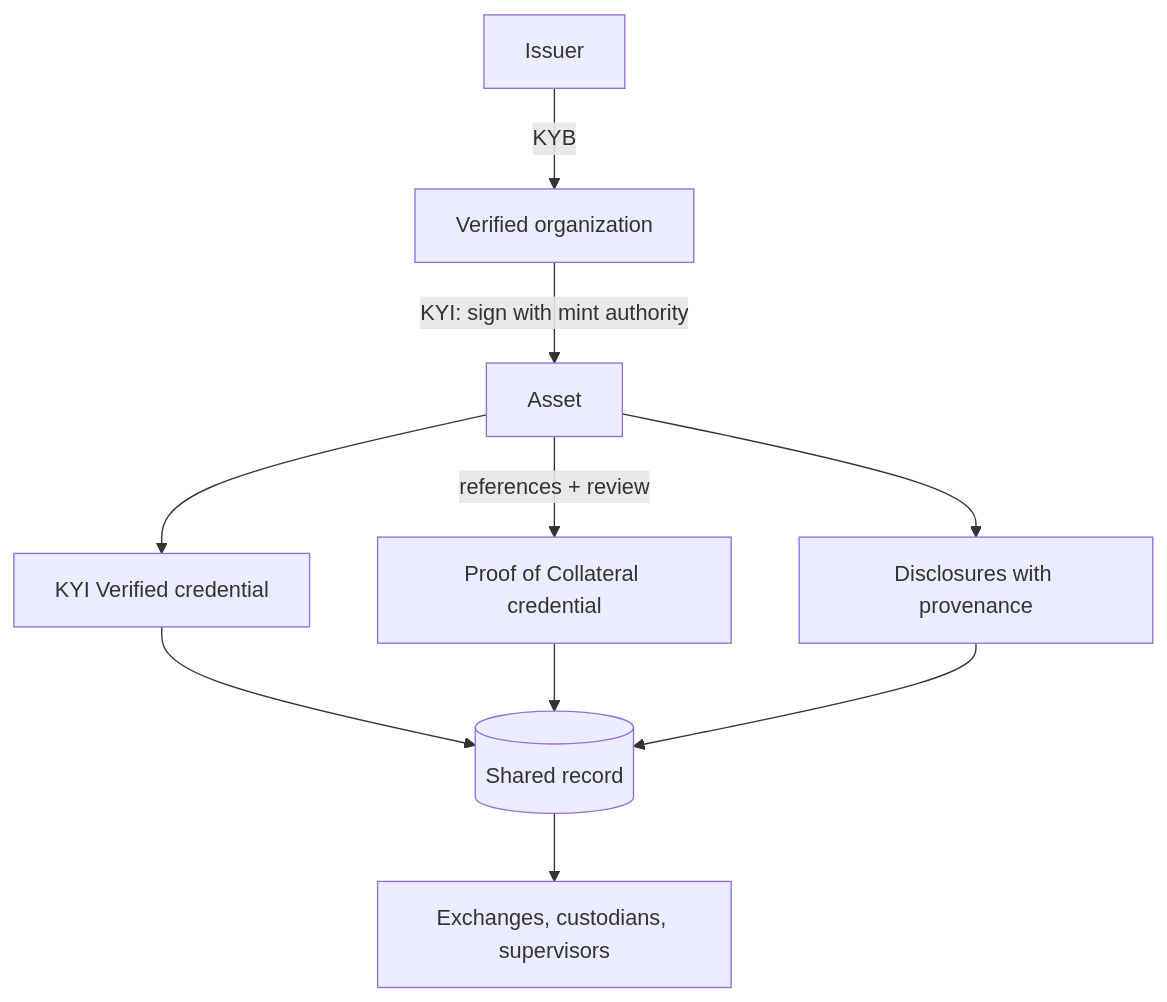
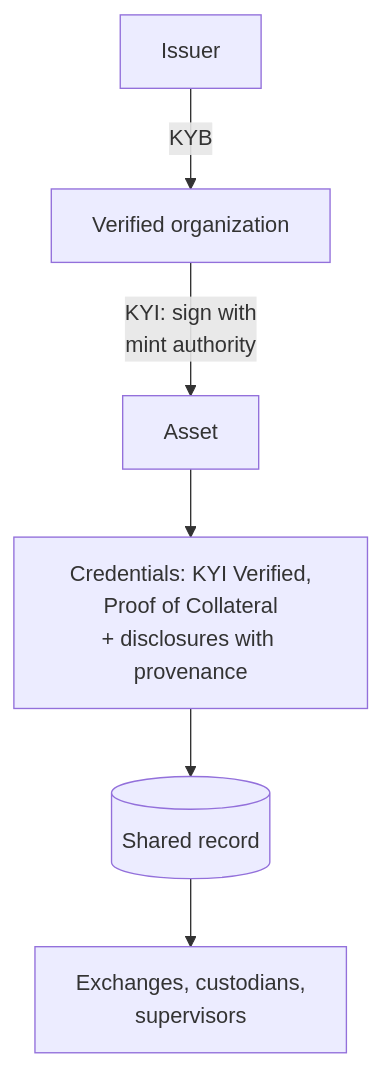
The diagram in concepts.mdx (blupryntco/docs), drawn with Mermaid before and after one commit.

Commit message:
Concepts diagram: single column so labels stay readable at 390px

````diff
--- a/concepts.mdx
+++ b/concepts.mdx
@@ -22,10 +22,8 @@
 ```mermaid
 flowchart TD
   I[Issuer] -- KYB --> O[Verified organization]
-  O -- KYI: sign with mint authority --> A[Asset]
-  A --> C1[KYI Verified credential]
-  A -- references + review --> C2[Proof of Collateral credential]
-  A --> D[Disclosures with provenance]
-  C1 & C2 & D --> R[(Shared record)]
-  R --> V[Exchanges, custodians, supervisors]
+  O -- "KYI: sign with<br/>mint authority" --> A[Asset]
+  A --> C["Credentials: KYI Verified,<br/>Proof of Collateral<br/>+ disclosures with provenance"]
+  C --> R[(Shared record)]
+  R --> V["Exchanges, custodians,<br/>supervisors"]
 ```
````
